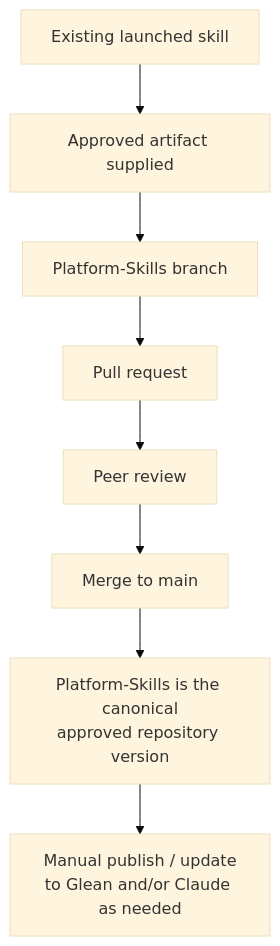
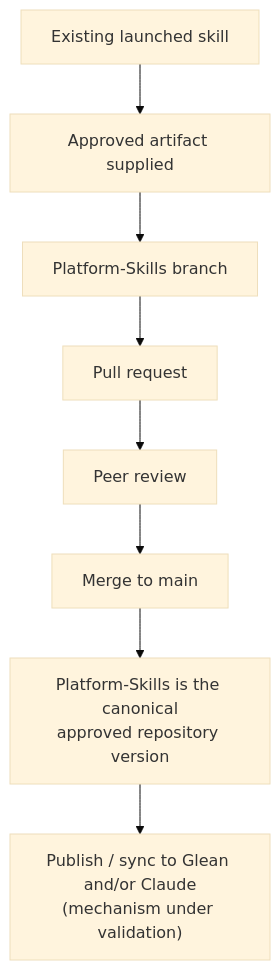
Before and after one commit to AHEAD-Labs/Platform-Skills: the second of 3 diagrams in README.md, drawn with Mermaid (base theme). The commit also changed other lines of this file and 13 other files, not shown here.

````diff
--- a/README.md
+++ b/README.md
@@ -87,10 +151,10 @@
 ```mermaid
 flowchart TD
     A["Existing launched skill"] --> B["Approved artifact supplied"]
     B --> C["Platform-Skills branch"]
     C --> D["Pull request"]
     D --> E["Peer review"]
     E --> F["Merge to main"]
     F --> G["Platform-Skills is the canonical<br/>approved repository version"]
-    G --> H["Manual publish / update<br/>to Glean and/or Claude as needed"]
+    G --> H["Publish / sync to Glean and/or Claude<br/>(mechanism under validation)"]
 ```
````
